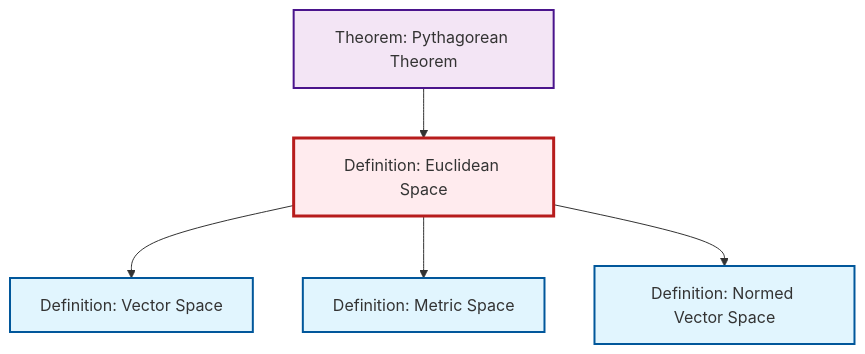
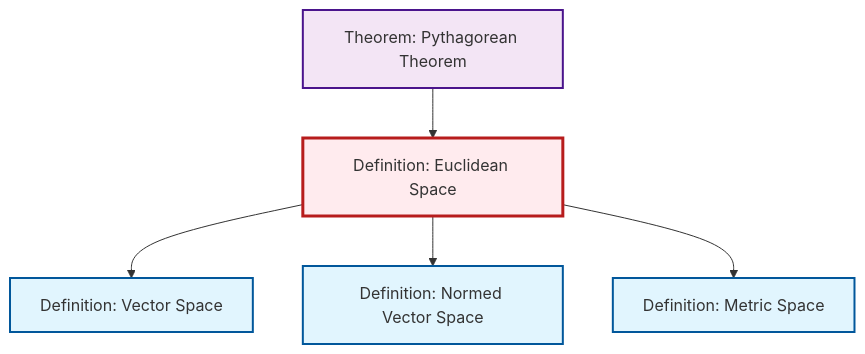
The second of 2 diagrams in content/ja/geometry/def-euclidean-space.qmd (RK0429/ModernMath), drawn with Mermaid before and after one commit. The commit also changed other lines of this file and 634 other files, not shown here.

````diff
--- a/content/ja/geometry/def-euclidean-space.qmd
+++ b/content/ja/geometry/def-euclidean-space.qmd
@@ -70,23 +70,23 @@
 ```{mermaid}
 %%| fig-cap: "Local dependency graph"
 graph TD
     classDef definition fill:#e1f5fe,stroke:#01579b,stroke-width:2px
     classDef theorem fill:#f3e5f5,stroke:#4a148c,stroke-width:2px
     classDef axiom fill:#fff3e0,stroke:#e65100,stroke-width:2px
     classDef example fill:#e8f5e9,stroke:#1b5e20,stroke-width:2px
     classDef current fill:#ffebee,stroke:#b71c1c,stroke-width:3px
+    thm-pythagorean["Theorem: Pythagorean Theorem"]:::theorem
     def-metric-space["Definition: Metric Space"]:::definition
-    thm-pythagorean["Theorem: Pythagorean Theorem"]:::theorem
     def-euclidean-space["Definition: Euclidean Space"]:::definition
+    def-vector-space["Definition: Vector Space"]:::definition
     def-normed-vector-space["Definition: Normed Vector Space"]:::definition
-    def-vector-space["Definition: Vector Space"]:::definition
     def-euclidean-space --> def-vector-space
+    def-euclidean-space --> def-normed-vector-space
     thm-pythagorean --> def-euclidean-space
     def-euclidean-space --> def-metric-space
-    def-euclidean-space --> def-normed-vector-space
     class def-euclidean-space current
+    click thm-pythagorean "thm-pythagorean.html" "Theorem: Pythagorean Theoremへ"
     click def-metric-space "def-metric-space.html" "Definition: Metric Spaceへ"
-    click thm-pythagorean "thm-pythagorean.html" "Theorem: Pythagorean Theoremへ"
+    click def-vector-space "def-vector-space.html" "Definition: Vector Spaceへ"
     click def-normed-vector-space "def-normed-vector-space.html" "Definition: Normed Vector Spaceへ"
-    click def-vector-space "def-vector-space.html" "Definition: Vector Spaceへ"
 ```
````
